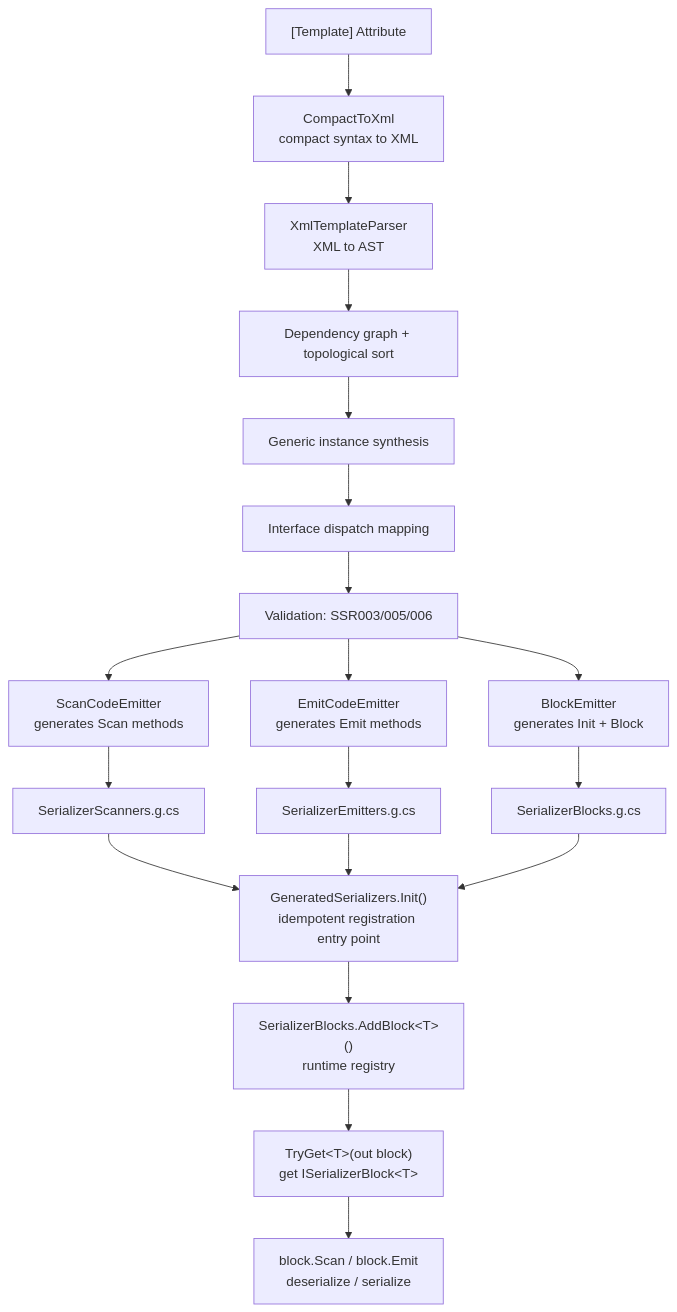
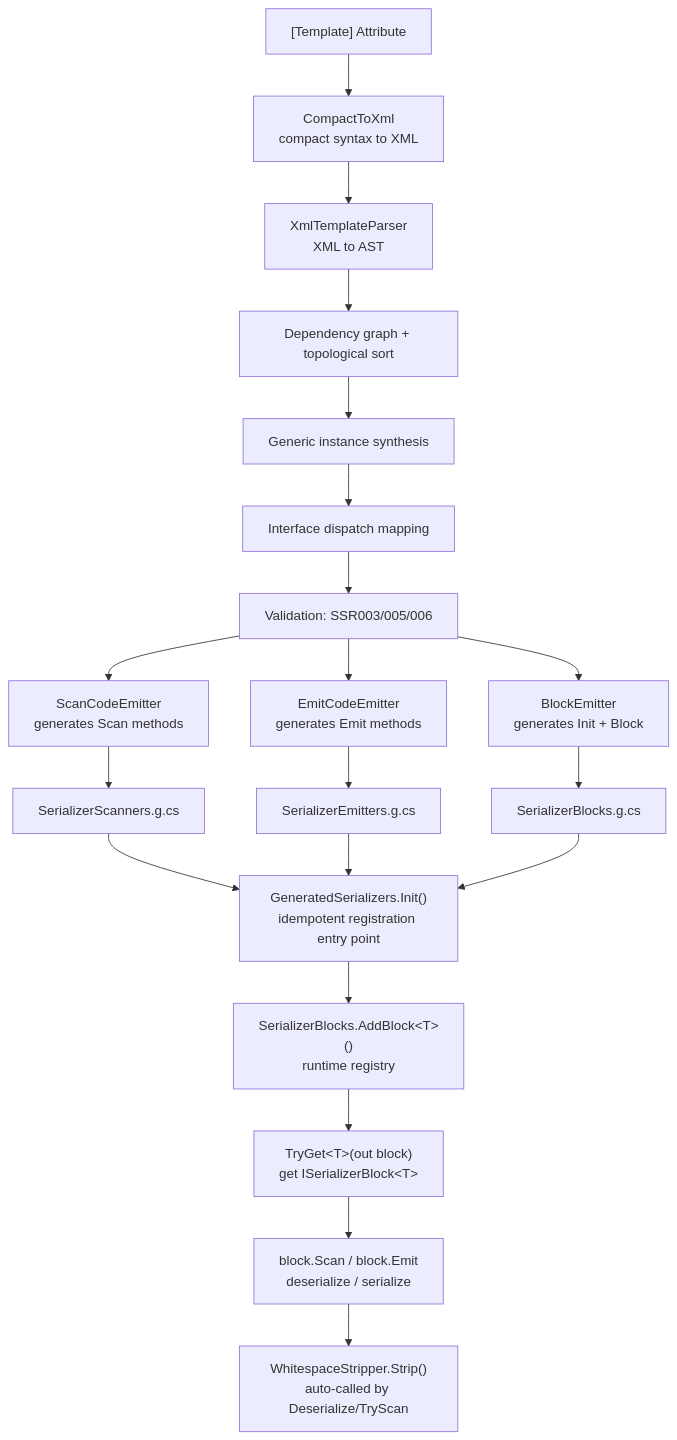
The first of 2 diagrams in docs/en/guide/core-concepts.md (twds0x13/SourceSerializer), drawn with Mermaid before and after one commit. The commit also changed other lines of this file and 8 other files, not shown here.

````diff
--- a/docs/en/guide/core-concepts.md
+++ b/docs/en/guide/core-concepts.md
@@ -9,21 +9,22 @@
 ```mermaid
 flowchart TD
     A["[Template] Attribute"] --> B["CompactToXml<br/>compact syntax to XML"]
     B --> C["XmlTemplateParser<br/>XML to AST"]
     C --> D["Dependency graph + topological sort"]
     D --> E["Generic instance synthesis"]
     E --> F["Interface dispatch mapping"]
     F --> G["Validation: SSR003/005/006"]
     G --> H["ScanCodeEmitter<br/>generates Scan methods"]
     G --> I["EmitCodeEmitter<br/>generates Emit methods"]
     G --> J["BlockEmitter<br/>generates Init + Block"]
     H --> K["SerializerScanners.g.cs"]
     I --> L["SerializerEmitters.g.cs"]
     J --> M["SerializerBlocks.g.cs"]
     K --> N["GeneratedSerializers.Init()<br/>idempotent registration entry point"]
     L --> N
     M --> N
     N --> O["SerializerBlocks.AddBlock&lt;T&gt;()<br/>runtime registry"]
     O --> P["TryGet&lt;T&gt;(out block)<br/>get ISerializerBlock&lt;T&gt;"]
     P --> Q["block.Scan / block.Emit<br/>deserialize / serialize"]
+    Q --> R["WhitespaceStripper.Strip()<br/>auto-called by Deserialize/TryScan"]
 ```
````
